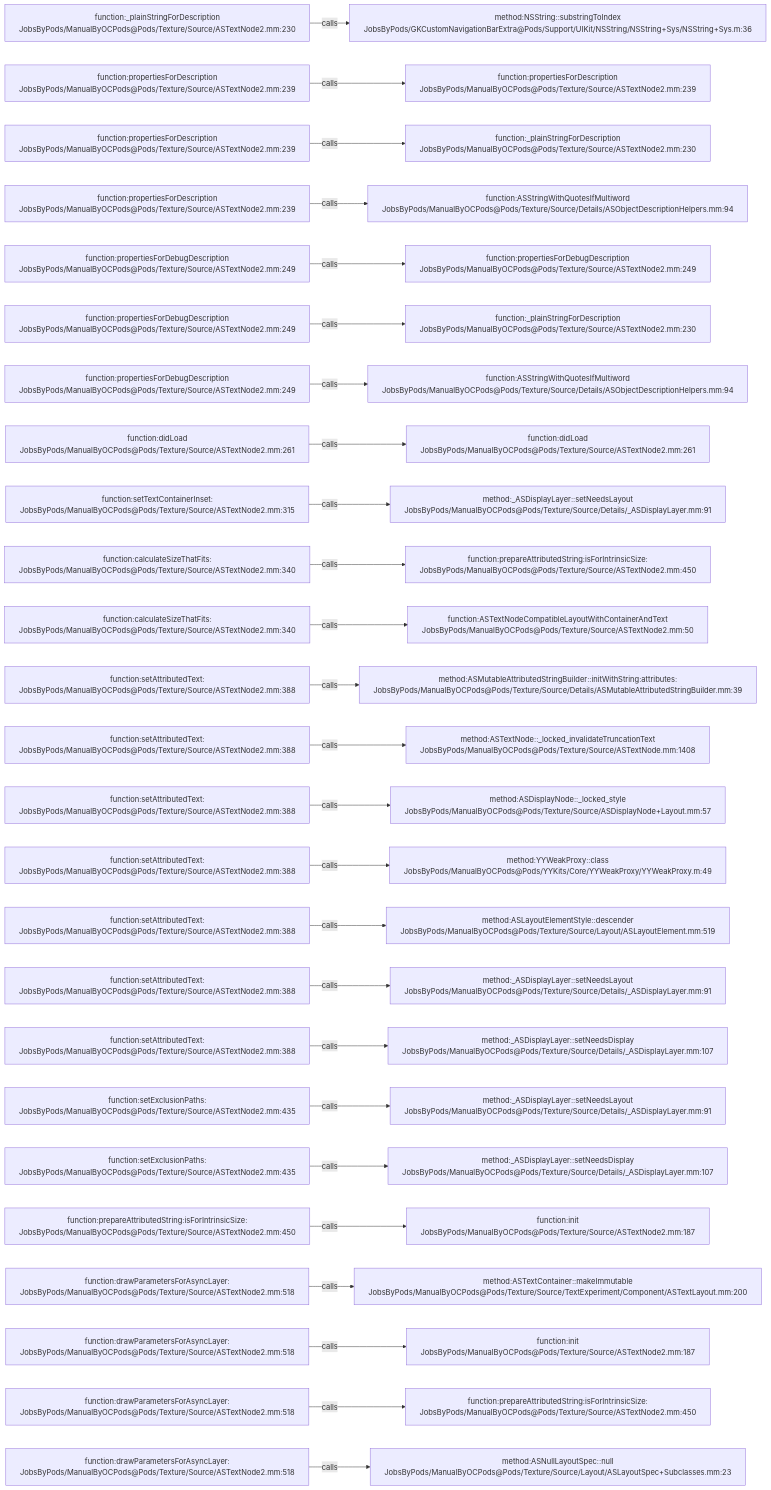
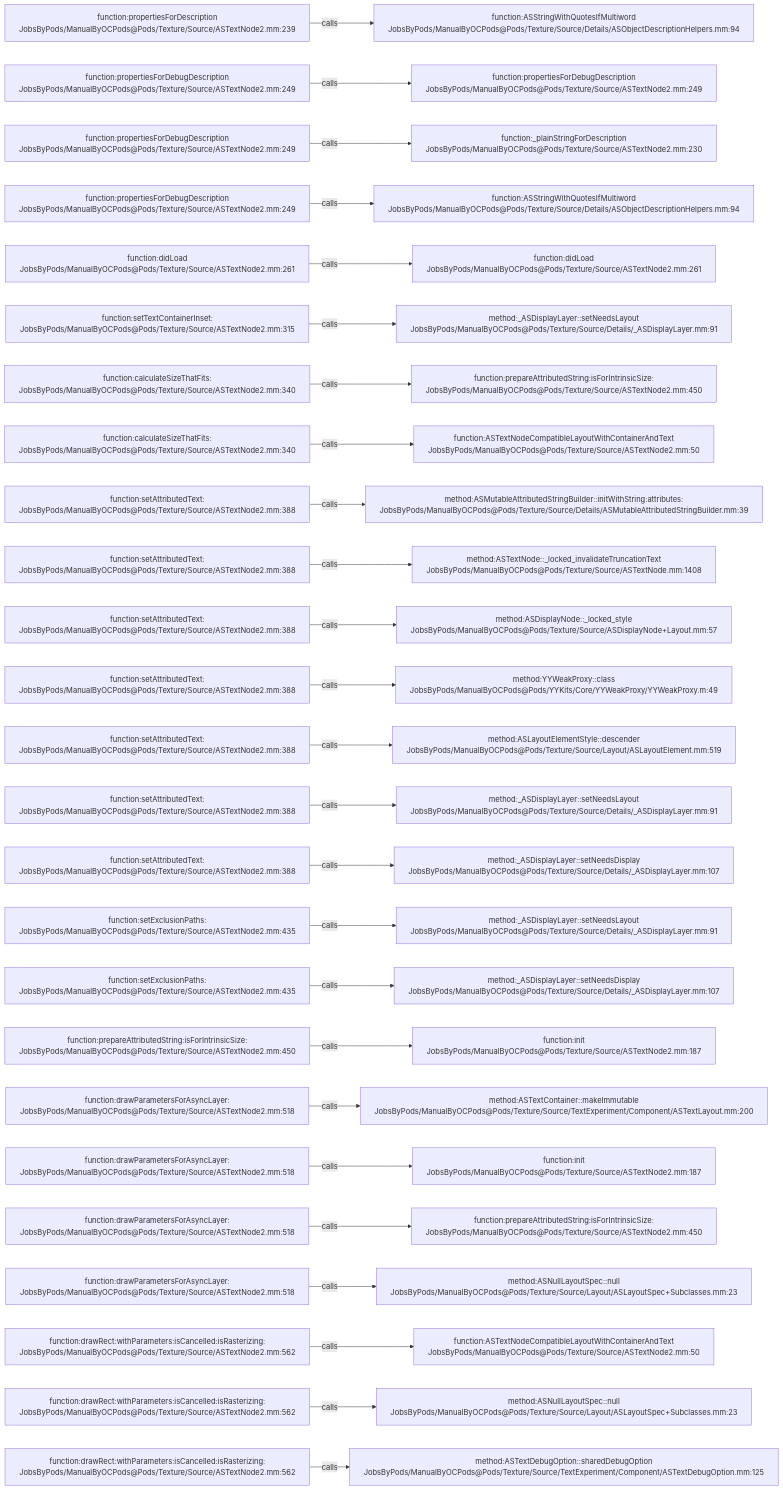
The diagram in .codegraph/codegraph.md/graphs/calls-141.md (JobsKits/JobsOCBaseConfigDemo), drawn with Mermaid before and after one commit. The commit also changed 342 other files, not shown here.

````diff
--- a/.codegraph/codegraph.md/graphs/calls-141.md
+++ b/.codegraph/codegraph.md/graphs/calls-141.md
@@ -13,78 +13,78 @@
 ```mermaid
 flowchart LR
-  S1["function:_plainStringForDescription<br/>JobsByPods/ManualByOCPods@Pods/Texture/Source/ASTextNode2.mm:230"]
-  T1["method:NSString::substringToIndex<br/>JobsByPods/GKCustomNavigationBarExtra@Pods/Support/UIKit/NSString/NSString+Sys/NSString+Sys.m:36"]
+  S1["function:propertiesForDescription<br/>JobsByPods/ManualByOCPods@Pods/Texture/Source/ASTextNode2.mm:239"]
+  T1["function:ASStringWithQuotesIfMultiword<br/>JobsByPods/ManualByOCPods@Pods/Texture/Source/Details/ASObjectDescriptionHelpers.mm:94"]
   S1 -->|calls| T1
-  S2["function:propertiesForDescription<br/>JobsByPods/ManualByOCPods@Pods/Texture/Source/ASTextNode2.mm:239"]
-  T2["function:propertiesForDescription<br/>JobsByPods/ManualByOCPods@Pods/Texture/Source/ASTextNode2.mm:239"]
+  S2["function:propertiesForDebugDescription<br/>JobsByPods/ManualByOCPods@Pods/Texture/Source/ASTextNode2.mm:249"]
+  T2["function:propertiesForDebugDescription<br/>JobsByPods/ManualByOCPods@Pods/Texture/Source/ASTextNode2.mm:249"]
   S2 -->|calls| T2
-  S3["function:propertiesForDescription<br/>JobsByPods/ManualByOCPods@Pods/Texture/Source/ASTextNode2.mm:239"]
+  S3["function:propertiesForDebugDescription<br/>JobsByPods/ManualByOCPods@Pods/Texture/Source/ASTextNode2.mm:249"]
   T3["function:_plainStringForDescription<br/>JobsByPods/ManualByOCPods@Pods/Texture/Source/ASTextNode2.mm:230"]
   S3 -->|calls| T3
-  S4["function:propertiesForDescription<br/>JobsByPods/ManualByOCPods@Pods/Texture/Source/ASTextNode2.mm:239"]
+  S4["function:propertiesForDebugDescription<br/>JobsByPods/ManualByOCPods@Pods/Texture/Source/ASTextNode2.mm:249"]
   T4["function:ASStringWithQuotesIfMultiword<br/>JobsByPods/ManualByOCPods@Pods/Texture/Source/Details/ASObjectDescriptionHelpers.mm:94"]
   S4 -->|calls| T4
-  S5["function:propertiesForDebugDescription<br/>JobsByPods/ManualByOCPods@Pods/Texture/Source/ASTextNode2.mm:249"]
-  T5["function:propertiesForDebugDescription<br/>JobsByPods/ManualByOCPods@Pods/Texture/Source/ASTextNode2.mm:249"]
+  S5["function:didLoad<br/>JobsByPods/ManualByOCPods@Pods/Texture/Source/ASTextNode2.mm:261"]
+  T5["function:didLoad<br/>JobsByPods/ManualByOCPods@Pods/Texture/Source/ASTextNode2.mm:261"]
   S5 -->|calls| T5
-  S6["function:propertiesForDebugDescription<br/>JobsByPods/ManualByOCPods@Pods/Texture/Source/ASTextNode2.mm:249"]
-  T6["function:_plainStringForDescription<br/>JobsByPods/ManualByOCPods@Pods/Texture/Source/ASTextNode2.mm:230"]
+  S6["function:setTextContainerInset:<br/>JobsByPods/ManualByOCPods@Pods/Texture/Source/ASTextNode2.mm:315"]
+  T6["method:_ASDisplayLayer::setNeedsLayout<br/>JobsByPods/ManualByOCPods@Pods/Texture/Source/Details/_ASDisplayLayer.mm:91"]
   S6 -->|calls| T6
-  S7["function:propertiesForDebugDescription<br/>JobsByPods/ManualByOCPods@Pods/Texture/Source/ASTextNode2.mm:249"]
-  T7["function:ASStringWithQuotesIfMultiword<br/>JobsByPods/ManualByOCPods@Pods/Texture/Source/Details/ASObjectDescriptionHelpers.mm:94"]
+  S7["function:calculateSizeThatFits:<br/>JobsByPods/ManualByOCPods@Pods/Texture/Source/ASTextNode2.mm:340"]
+  T7["function:prepareAttributedString:isForIntrinsicSize:<br/>JobsByPods/ManualByOCPods@Pods/Texture/Source/ASTextNode2.mm:450"]
   S7 -->|calls| T7
-  S8["function:didLoad<br/>JobsByPods/ManualByOCPods@Pods/Texture/Source/ASTextNode2.mm:261"]
-  T8["function:didLoad<br/>JobsByPods/ManualByOCPods@Pods/Texture/Source/ASTextNode2.mm:261"]
+  S8["function:calculateSizeThatFits:<br/>JobsByPods/ManualByOCPods@Pods/Texture/Source/ASTextNode2.mm:340"]
+  T8["function:ASTextNodeCompatibleLayoutWithContainerAndText<br/>JobsByPods/ManualByOCPods@Pods/Texture/Source/ASTextNode2.mm:50"]
   S8 -->|calls| T8
-  S9["function:setTextContainerInset:<br/>JobsByPods/ManualByOCPods@Pods/Texture/Source/ASTextNode2.mm:315"]
-  T9["method:_ASDisplayLayer::setNeedsLayout<br/>JobsByPods/ManualByOCPods@Pods/Texture/Source/Details/_ASDisplayLayer.mm:91"]
+  S9["function:setAttributedText:<br/>JobsByPods/ManualByOCPods@Pods/Texture/Source/ASTextNode2.mm:388"]
+  T9["method:ASMutableAttributedStringBuilder::initWithString:attributes:<br/>JobsByPods/ManualByOCPods@Pods/Texture/Source/Details/ASMutableAttributedStringBuilder.mm:39"]
   S9 -->|calls| T9
-  S10["function:calculateSizeThatFits:<br/>JobsByPods/ManualByOCPods@Pods/Texture/Source/ASTextNode2.mm:340"]
-  T10["function:prepareAttributedString:isForIntrinsicSize:<br/>JobsByPods/ManualByOCPods@Pods/Texture/Source/ASTextNode2.mm:450"]
+  S10["function:setAttributedText:<br/>JobsByPods/ManualByOCPods@Pods/Texture/Source/ASTextNode2.mm:388"]
+  T10["method:ASTextNode::_locked_invalidateTruncationText<br/>JobsByPods/ManualByOCPods@Pods/Texture/Source/ASTextNode.mm:1408"]
   S10 -->|calls| T10
-  S11["function:calculateSizeThatFits:<br/>JobsByPods/ManualByOCPods@Pods/Texture/Source/ASTextNode2.mm:340"]
-  T11["function:ASTextNodeCompatibleLayoutWithContainerAndText<br/>JobsByPods/ManualByOCPods@Pods/Texture/Source/ASTextNode2.mm:50"]
+  S11["function:setAttributedText:<br/>JobsByPods/ManualByOCPods@Pods/Texture/Source/ASTextNode2.mm:388"]
+  T11["method:ASDisplayNode::_locked_style<br/>JobsByPods/ManualByOCPods@Pods/Texture/Source/ASDisplayNode+Layout.mm:57"]
   S11 -->|calls| T11
   S12["function:setAttributedText:<br/>JobsByPods/ManualByOCPods@Pods/Texture/Source/ASTextNode2.mm:388"]
-  T12["method:ASMutableAttributedStringBuilder::initWithString:attributes:<br/>JobsByPods/ManualByOCPods@Pods/Texture/Source/Details/ASMutableAttributedStringBuilder.mm:39"]
+  T12["method:YYWeakProxy::class<br/>JobsByPods/ManualByOCPods@Pods/YYKits/Core/YYWeakProxy/YYWeakProxy.m:49"]
   S12 -->|calls| T12
   S13["function:setAttributedText:<br/>JobsByPods/ManualByOCPods@Pods/Texture/Source/ASTextNode2.mm:388"]
-  T13["method:ASTextNode::_locked_invalidateTruncationText<br/>JobsByPods/ManualByOCPods@Pods/Texture/Source/ASTextNode.mm:1408"]
+  T13["method:ASLayoutElementStyle::descender<br/>JobsByPods/ManualByOCPods@Pods/Texture/Source/Layout/ASLayoutElement.mm:519"]
   S13 -->|calls| T13
   S14["function:setAttributedText:<br/>JobsByPods/ManualByOCPods@Pods/Texture/Source/ASTextNode2.mm:388"]
-  T14["method:ASDisplayNode::_locked_style<br/>JobsByPods/ManualByOCPods@Pods/Texture/Source/ASDisplayNode+Layout.mm:57"]
+  T14["method:_ASDisplayLayer::setNeedsLayout<br/>JobsByPods/ManualByOCPods@Pods/Texture/Source/Details/_ASDisplayLayer.mm:91"]
   S14 -->|calls| T14
   S15["function:setAttributedText:<br/>JobsByPods/ManualByOCPods@Pods/Texture/Source/ASTextNode2.mm:388"]
-  T15["method:YYWeakProxy::class<br/>JobsByPods/ManualByOCPods@Pods/YYKits/Core/YYWeakProxy/YYWeakProxy.m:49"]
+  T15["method:_ASDisplayLayer::setNeedsDisplay<br/>JobsByPods/ManualByOCPods@Pods/Texture/Source/Details/_ASDisplayLayer.mm:107"]
   S15 -->|calls| T15
-  S16["function:setAttributedText:<br/>JobsByPods/ManualByOCPods@Pods/Texture/Source/ASTextNode2.mm:388"]
-  T16["method:ASLayoutElementStyle::descender<br/>JobsByPods/ManualByOCPods@Pods/Texture/Source/Layout/ASLayoutElement.mm:519"]
+  S16["function:setExclusionPaths:<br/>JobsByPods/ManualByOCPods@Pods/Texture/Source/ASTextNode2.mm:435"]
+  T16["method:_ASDisplayLayer::setNeedsLayout<br/>JobsByPods/ManualByOCPods@Pods/Texture/Source/Details/_ASDisplayLayer.mm:91"]
   S16 -->|calls| T16
-  S17["function:setAttributedText:<br/>JobsByPods/ManualByOCPods@Pods/Texture/Source/ASTextNode2.mm:388"]
-  T17["method:_ASDisplayLayer::setNeedsLayout<br/>JobsByPods/ManualByOCPods@Pods/Texture/Source/Details/_ASDisplayLayer.mm:91"]
+  S17["function:setExclusionPaths:<br/>JobsByPods/ManualByOCPods@Pods/Texture/Source/ASTextNode2.mm:435"]
+  T17["method:_ASDisplayLayer::setNeedsDisplay<br/>JobsByPods/ManualByOCPods@Pods/Texture/Source/Details/_ASDisplayLayer.mm:107"]
   S17 -->|calls| T17
-  S18["function:setAttributedText:<br/>JobsByPods/ManualByOCPods@Pods/Texture/Source/ASTextNode2.mm:388"]
-  T18["method:_ASDisplayLayer::setNeedsDisplay<br/>JobsByPods/ManualByOCPods@Pods/Texture/Source/Details/_ASDisplayLayer.mm:107"]
+  S18["function:prepareAttributedString:isForIntrinsicSize:<br/>JobsByPods/ManualByOCPods@Pods/Texture/Source/ASTextNode2.mm:450"]
+  T18["function:init<br/>JobsByPods/ManualByOCPods@Pods/Texture/Source/ASTextNode2.mm:187"]
   S18 -->|calls| T18
-  S19["function:setExclusionPaths:<br/>JobsByPods/ManualByOCPods@Pods/Texture/Source/ASTextNode2.mm:435"]
-  T19["method:_ASDisplayLayer::setNeedsLayout<br/>JobsByPods/ManualByOCPods@Pods/Texture/Source/Details/_ASDisplayLayer.mm:91"]
+  S19["function:drawParametersForAsyncLayer:<br/>JobsByPods/ManualByOCPods@Pods/Texture/Source/ASTextNode2.mm:518"]
+  T19["method:ASTextContainer::makeImmutable<br/>JobsByPods/ManualByOCPods@Pods/Texture/Source/TextExperiment/Component/ASTextLayout.mm:200"]
   S19 -->|calls| T19
-  S20["function:setExclusionPaths:<br/>JobsByPods/ManualByOCPods@Pods/Texture/Source/ASTextNode2.mm:435"]
-  T20["method:_ASDisplayLayer::setNeedsDisplay<br/>JobsByPods/ManualByOCPods@Pods/Texture/Source/Details/_ASDisplayLayer.mm:107"]
+  S20["function:drawParametersForAsyncLayer:<br/>JobsByPods/ManualByOCPods@Pods/Texture/Source/ASTextNode2.mm:518"]
+  T20["function:init<br/>JobsByPods/ManualByOCPods@Pods/Texture/Source/ASTextNode2.mm:187"]
   S20 -->|calls| T20
-  S21["function:prepareAttributedString:isForIntrinsicSize:<br/>JobsByPods/ManualByOCPods@Pods/Texture/Source/ASTextNode2.mm:450"]
-  T21["function:init<br/>JobsByPods/ManualByOCPods@Pods/Texture/Source/ASTextNode2.mm:187"]
+  S21["function:drawParametersForAsyncLayer:<br/>JobsByPods/ManualByOCPods@Pods/Texture/Source/ASTextNode2.mm:518"]
+  T21["function:prepareAttributedString:isForIntrinsicSize:<br/>JobsByPods/ManualByOCPods@Pods/Texture/Source/ASTextNode2.mm:450"]
   S21 -->|calls| T21
   S22["function:drawParametersForAsyncLayer:<br/>JobsByPods/ManualByOCPods@Pods/Texture/Source/ASTextNode2.mm:518"]
-  T22["method:ASTextContainer::makeImmutable<br/>JobsByPods/ManualByOCPods@Pods/Texture/Source/TextExperiment/Component/ASTextLayout.mm:200"]
+  T22["method:ASNullLayoutSpec::null<br/>JobsByPods/ManualByOCPods@Pods/Texture/Source/Layout/ASLayoutSpec+Subclasses.mm:23"]
   S22 -->|calls| T22
-  S23["function:drawParametersForAsyncLayer:<br/>JobsByPods/ManualByOCPods@Pods/Texture/Source/ASTextNode2.mm:518"]
-  T23["function:init<br/>JobsByPods/ManualByOCPods@Pods/Texture/Source/ASTextNode2.mm:187"]
+  S23["function:drawRect:withParameters:isCancelled:isRasterizing:<br/>JobsByPods/ManualByOCPods@Pods/Texture/Source/ASTextNode2.mm:562"]
+  T23["function:ASTextNodeCompatibleLayoutWithContainerAndText<br/>JobsByPods/ManualByOCPods@Pods/Texture/Source/ASTextNode2.mm:50"]
   S23 -->|calls| T23
-  S24["function:drawParametersForAsyncLayer:<br/>JobsByPods/ManualByOCPods@Pods/Texture/Source/ASTextNode2.mm:518"]
-  T24["function:prepareAttributedString:isForIntrinsicSize:<br/>JobsByPods/ManualByOCPods@Pods/Texture/Source/ASTextNode2.mm:450"]
+  S24["function:drawRect:withParameters:isCancelled:isRasterizing:<br/>JobsByPods/ManualByOCPods@Pods/Texture/Source/ASTextNode2.mm:562"]
+  T24["method:ASNullLayoutSpec::null<br/>JobsByPods/ManualByOCPods@Pods/Texture/Source/Layout/ASLayoutSpec+Subclasses.mm:23"]
   S24 -->|calls| T24
-  S25["function:drawParametersForAsyncLayer:<br/>JobsByPods/ManualByOCPods@Pods/Texture/Source/ASTextNode2.mm:518"]
-  T25["method:ASNullLayoutSpec::null<br/>JobsByPods/ManualByOCPods@Pods/Texture/Source/Layout/ASLayoutSpec+Subclasses.mm:23"]
+  S25["function:drawRect:withParameters:isCancelled:isRasterizing:<br/>JobsByPods/ManualByOCPods@Pods/Texture/Source/ASTextNode2.mm:562"]
+  T25["method:ASTextDebugOption::sharedDebugOption<br/>JobsByPods/ManualByOCPods@Pods/Texture/Source/TextExperiment/Component/ASTextDebugOption.mm:125"]
   S25 -->|calls| T25
 ```
````
